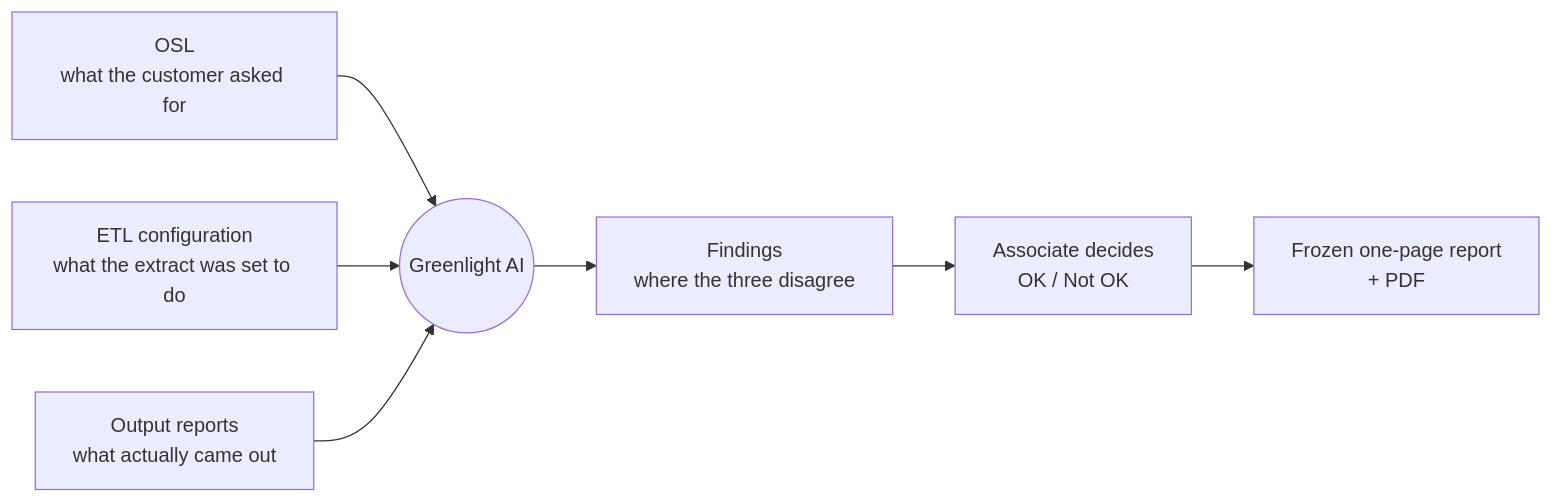
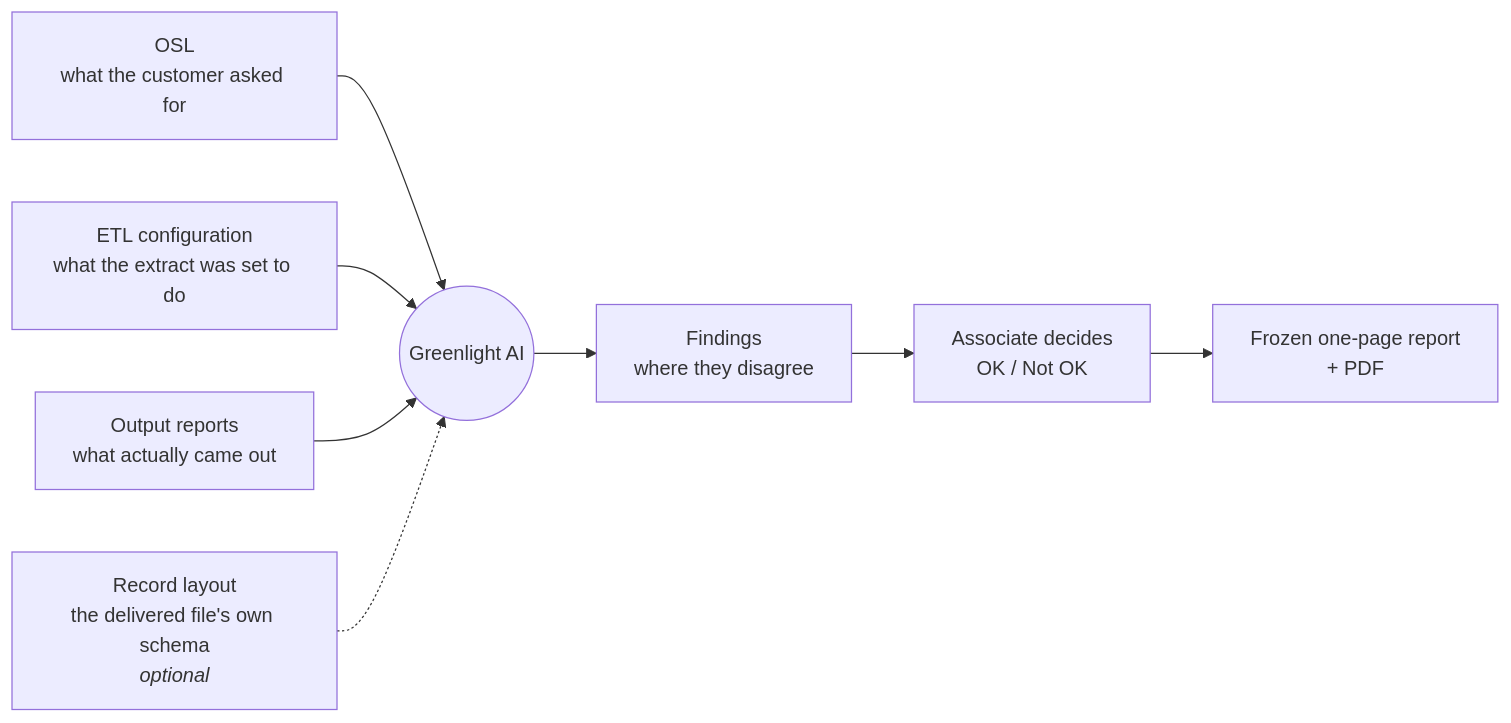
Before and after one commit to rjoshig/vigilAI: the first of 8 diagrams in docs/presentation-brief.md, drawn with Mermaid. The commit also changed other lines of this file and 10 other files, not shown here.

````diff
--- a/docs/presentation-brief.md
+++ b/docs/presentation-brief.md
@@ -40,9 +53,10 @@
 ```mermaid
 flowchart LR
     OSL[OSL<br/>what the customer asked for] --> V((Greenlight AI))
     CFG[ETL configuration<br/>what the extract was set to do] --> V
     REP[Output reports<br/>what actually came out] --> V
-    V --> F[Findings<br/>where the three disagree]
+    RL[Record layout<br/>the delivered file's own schema<br/><i>optional</i>] -.-> V
+    V --> F[Findings<br/>where they disagree]
     F --> A[Associate decides<br/>OK / Not OK]
     A --> R[Frozen one-page report<br/>+ PDF]
 ```
````
